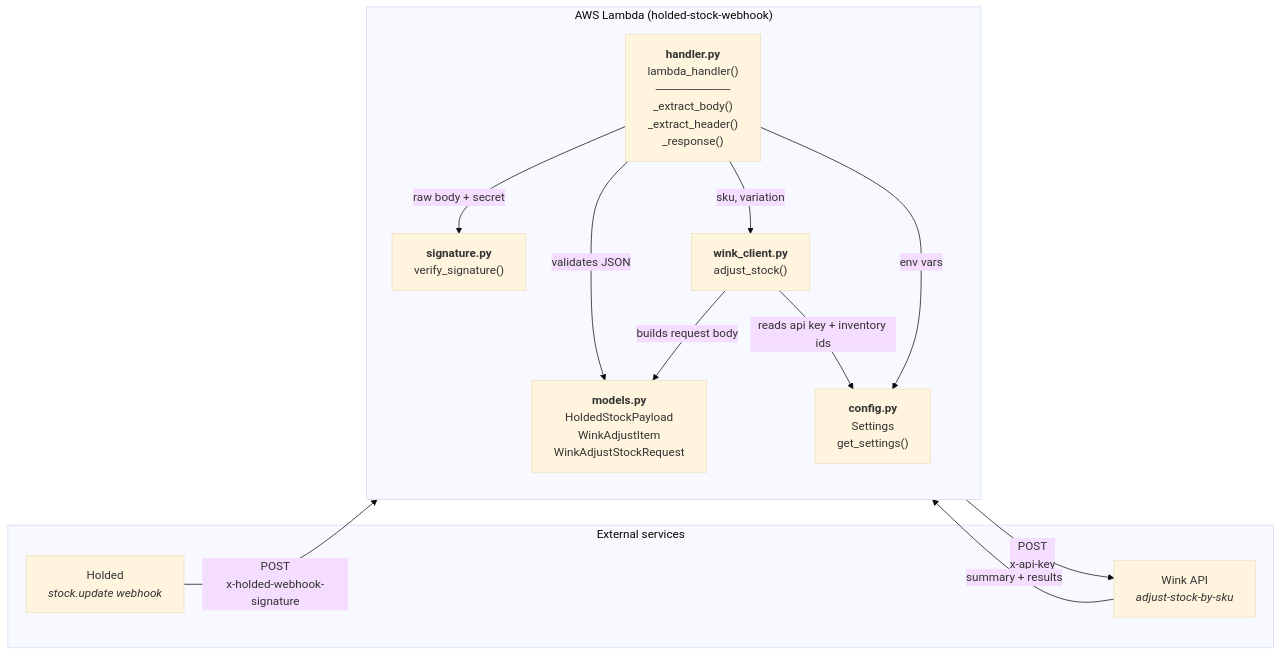
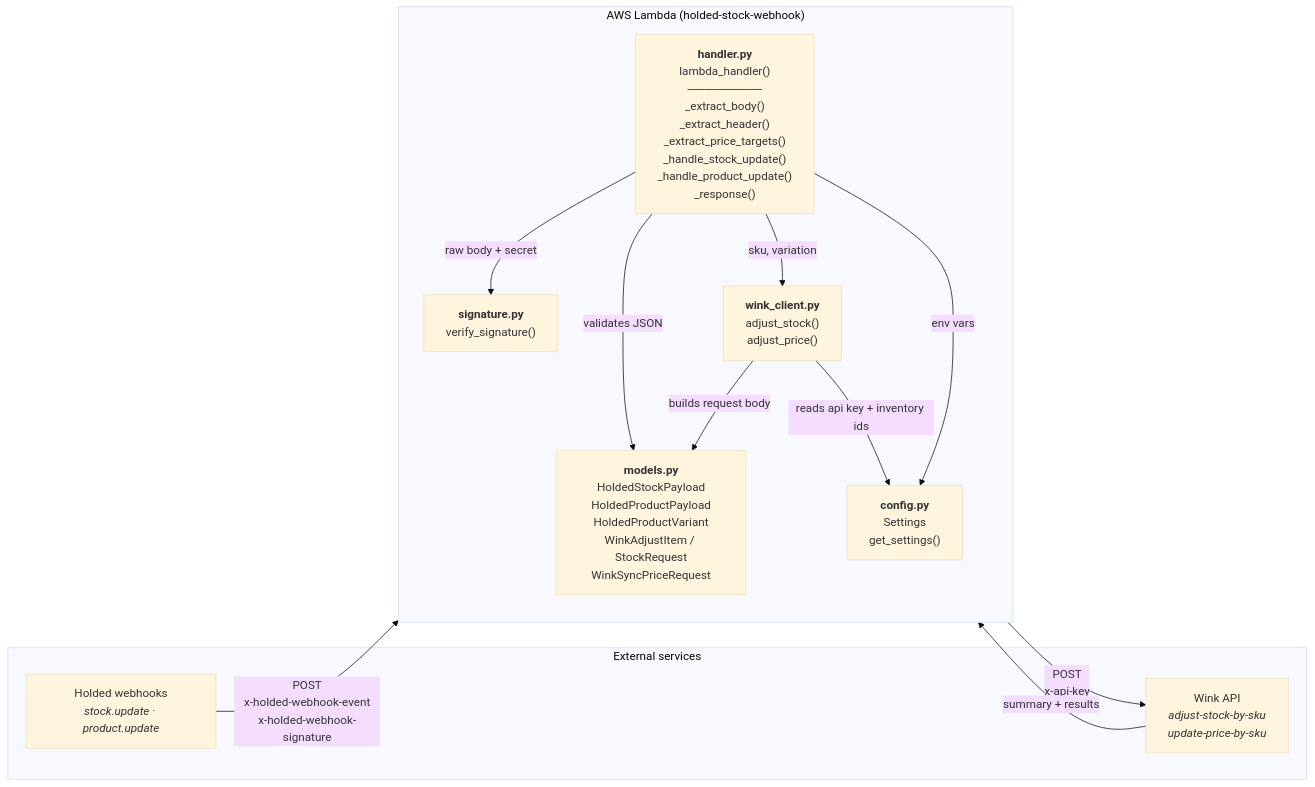
The first of 3 diagrams in README.md (danrivsa/santo-suplemento-invetory-sync-webhook), drawn with Mermaid (base theme) before and after one commit. The commit also changed other lines of this file and 6 other files, not shown here.

First line of the commit message:
Enhance webhook functionality to support product updates and price synchronization

````diff
--- a/README.md
+++ b/README.md
@@ -9,28 +9,28 @@
 ```mermaid
 flowchart LR
     subgraph External["External services"]
-        Holded["Holded<br/><i>stock.update webhook</i>"]
-        Wink["Wink API<br/><i>adjust-stock-by-sku</i>"]
+        Holded["Holded webhooks<br/><i>stock.update · product.update</i>"]
+        Wink["Wink API<br/><i>adjust-stock-by-sku<br/>update-price-by-sku</i>"]
     end
 
     subgraph Lambda["AWS Lambda (holded-stock-webhook)"]
         direction TB
-        Handler["<b>handler.py</b><br/>lambda_handler()<br/>─────────<br/>_extract_body()<br/>_extract_header()<br/>_response()"]
+        Handler["<b>handler.py</b><br/>lambda_handler()<br/>─────────<br/>_extract_body()<br/>_extract_header()<br/>_extract_price_targets()<br/>_handle_stock_update()<br/>_handle_product_update()<br/>_response()"]
 
         Sig["<b>signature.py</b><br/>verify_signature()"]
-        Models["<b>models.py</b><br/>HoldedStockPayload<br/>WinkAdjustItem<br/>WinkAdjustStockRequest"]
-        Client["<b>wink_client.py</b><br/>adjust_stock()"]
+        Models["<b>models.py</b><br/>HoldedStockPayload<br/>HoldedProductPayload<br/>HoldedProductVariant<br/>WinkAdjustItem / StockRequest<br/>WinkSyncPriceRequest"]
+        Client["<b>wink_client.py</b><br/>adjust_stock()<br/>adjust_price()"]
         Config["<b>config.py</b><br/>Settings<br/>get_settings()"]
 
         Handler -->|"raw body + secret"| Sig
         Handler -->|"validates JSON"| Models
         Handler -->|"sku, variation"| Client
         Handler -->|"env vars"| Config
         Client -->|"builds request body"| Models
         Client -->|"reads api key + inventory ids"| Config
     end
 
-    Holded -->|"POST<br/>x-holded-webhook-signature"| Handler
+    Holded -->|"POST<br/>x-holded-webhook-event<br/>x-holded-webhook-signature"| Handler
     Client -->|"POST<br/>x-api-key"| Wink
     Wink -->|"summary + results"| Client
 ```
````
